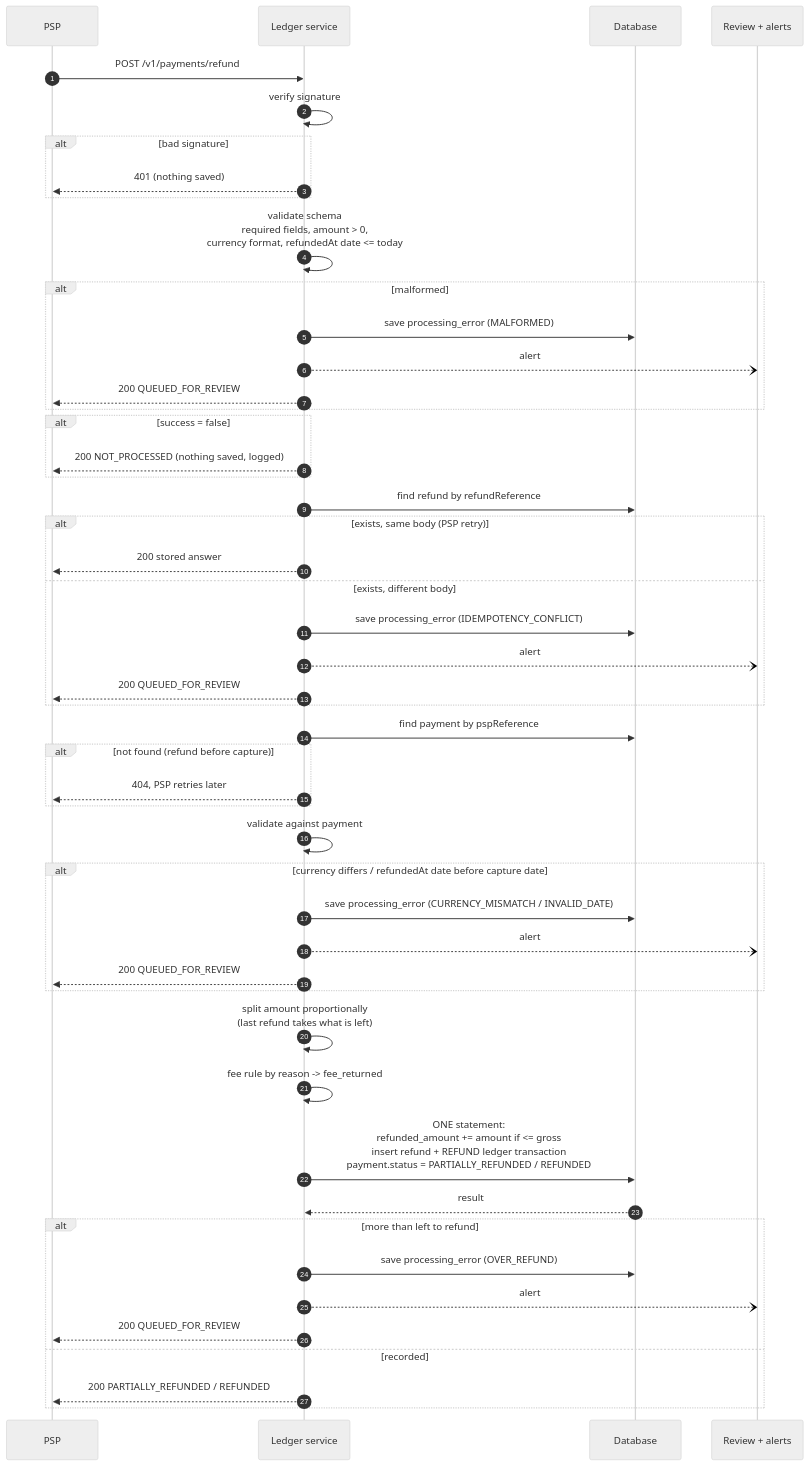
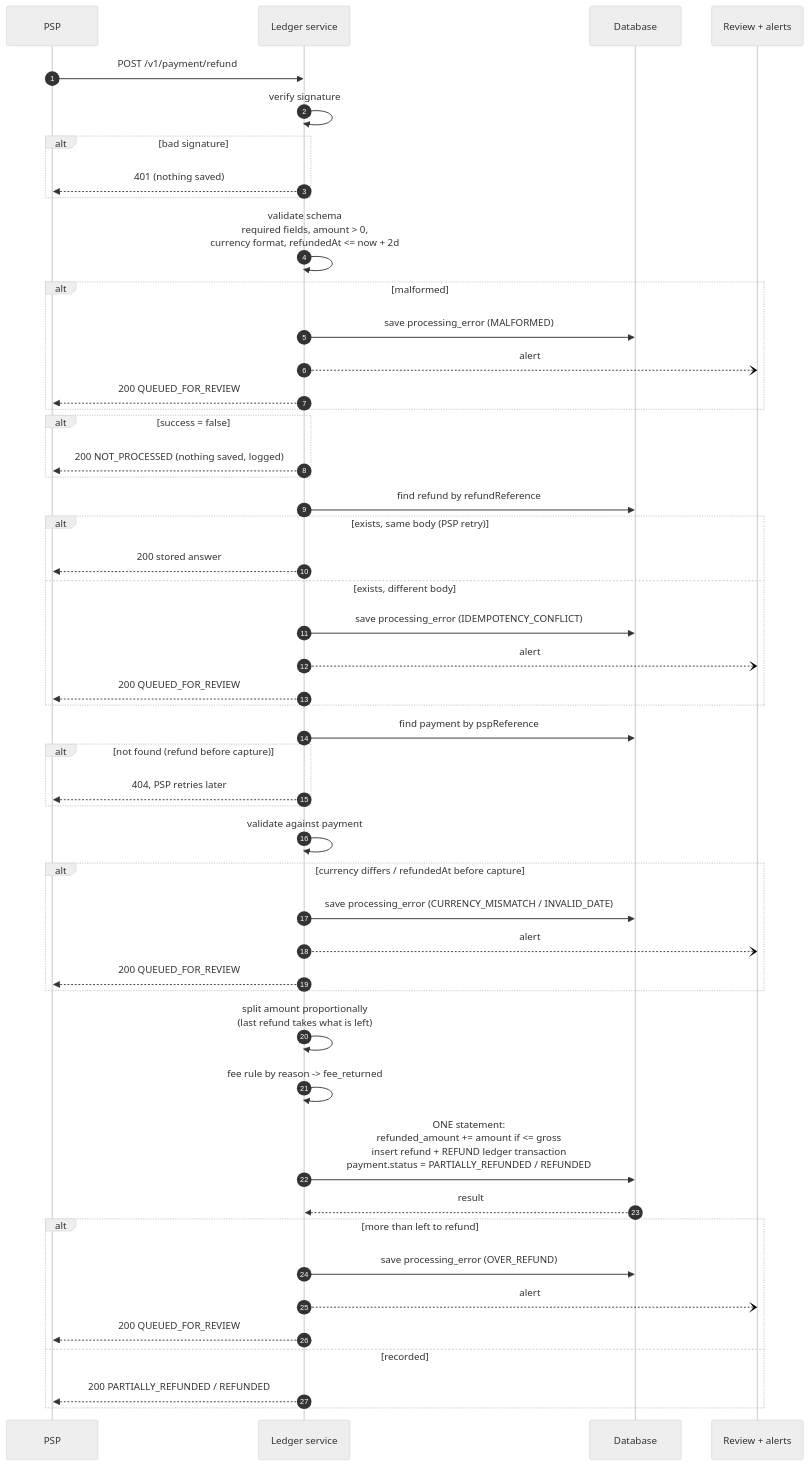
The fourth of 5 diagrams in README.md (Pixhunter/Ledger), drawn with Mermaid (neutral theme) before and after one commit. The commit also changed other lines of this file and 47 other files, not shown here.

````diff
--- a/README.md
+++ b/README.md
@@ -318,59 +322,59 @@
 ```mermaid
 sequenceDiagram
     autonumber
     participant PSP
     participant L as Ledger service
     participant DB as Database
     participant R as Review + alerts
 
-    PSP->>L: POST /v1/payments/refund
+    PSP->>L: POST /v1/payment/refund
     L->>L: verify signature
     alt bad signature
         L-->>PSP: 401 (nothing saved)
     end
-    L->>L: validate schema<br/>required fields, amount > 0,<br/>currency format, refundedAt date <= today
+    L->>L: validate schema<br/>required fields, amount > 0,<br/>currency format, refundedAt <= now + 2d
     alt malformed
         L->>DB: save processing_error (MALFORMED)
         L--)R: alert
         L-->>PSP: 200 QUEUED_FOR_REVIEW
     end
 
     alt success = false
         L-->>PSP: 200 NOT_PROCESSED (nothing saved, logged)
     end
 
     L->>DB: find refund by refundReference
     alt exists, same body (PSP retry)
         L-->>PSP: 200 stored answer
     else exists, different body
         L->>DB: save processing_error (IDEMPOTENCY_CONFLICT)
         L--)R: alert
         L-->>PSP: 200 QUEUED_FOR_REVIEW
     end
 
     L->>DB: find payment by pspReference
     alt not found (refund before capture)
         L-->>PSP: 404, PSP retries later
     end
 
     L->>L: validate against payment
-    alt currency differs / refundedAt date before capture date
+    alt currency differs / refundedAt before capture
         L->>DB: save processing_error (CURRENCY_MISMATCH / INVALID_DATE)
         L--)R: alert
         L-->>PSP: 200 QUEUED_FOR_REVIEW
     end
 
     L->>L: split amount proportionally<br/>(last refund takes what is left)
     L->>L: fee rule by reason -> fee_returned
 
     L->>DB: ONE statement:<br/>refunded_amount += amount if <= gross<br/>insert refund + REFUND ledger transaction<br/>payment.status = PARTIALLY_REFUNDED / REFUNDED
     DB-->>L: result
 
     alt more than left to refund
         L->>DB: save processing_error (OVER_REFUND)
         L--)R: alert
         L-->>PSP: 200 QUEUED_FOR_REVIEW
     else recorded
         L-->>PSP: 200 PARTIALLY_REFUNDED / REFUNDED
     end
 ```
````
